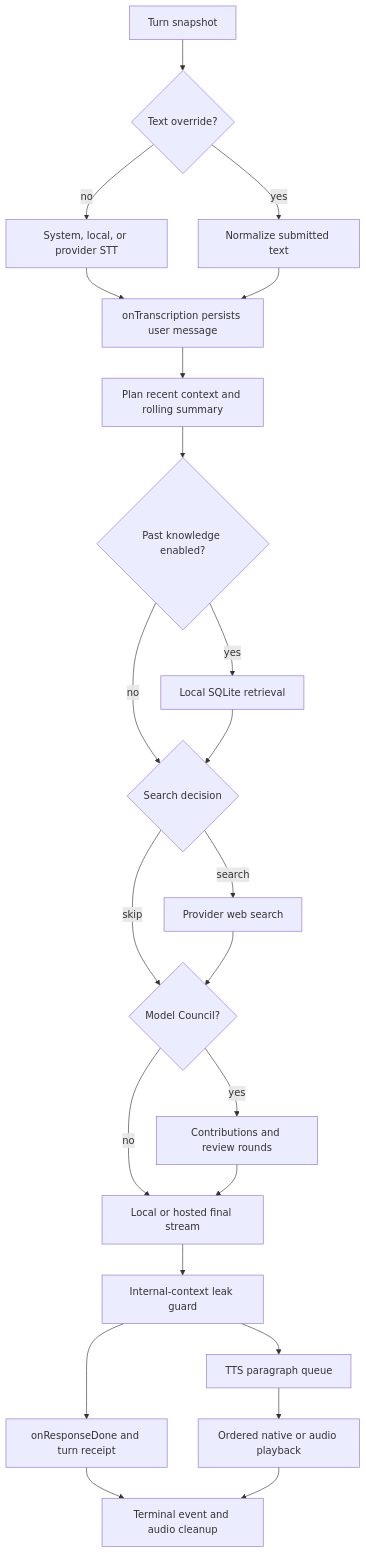
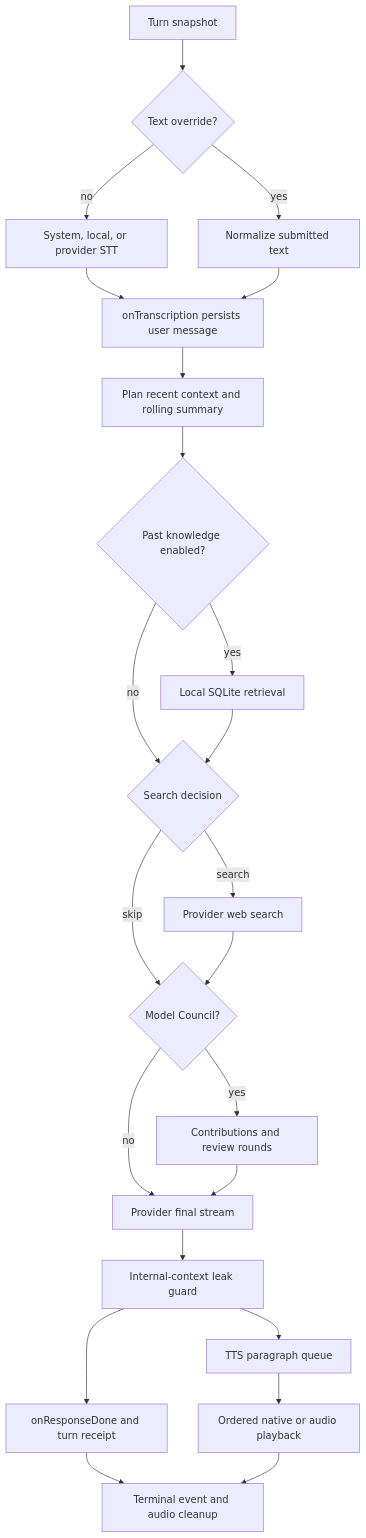
One commit to hurrtz/mrbroccoli changed the first of 3 diagrams in src/services/voicePipeline/DESIGN.md. Above: the diagram before and after it, drawn with Mermaid. The commit also changed other lines of this file and 325 other files, not shown here.

````diff
--- a/src/services/voicePipeline/DESIGN.md
+++ b/src/services/voicePipeline/DESIGN.md
@@ -24,25 +24,25 @@
 ```mermaid
 flowchart TD
     Start[Turn snapshot] --> Input{Text override?}
     Input -->|yes| Normalize[Normalize submitted text]
     Input -->|no| STT[System, local, or provider STT]
     STT --> User[onTranscription persists user message]
     Normalize --> User
     User --> Context[Plan recent context and rolling summary]
     Context --> Knowledge{Past knowledge enabled?}
     Knowledge -->|yes| Retrieve[Local SQLite retrieval]
     Knowledge -->|no| Search
     Retrieve --> Search{Search decision}
     Search -->|search| SearchCall[Provider web search]
     Search -->|skip| Deliberation
     SearchCall --> Deliberation{Model Council?}
     Deliberation -->|yes| Uber[Contributions and review rounds]
     Deliberation -->|no| Response
-    Uber --> Response[Local or hosted final stream]
+    Uber --> Response[Provider final stream]
     Response --> Guard[Internal-context leak guard]
     Guard --> Persist[onResponseDone and turn receipt]
     Guard --> Queue[TTS paragraph queue]
     Queue --> Playback[Ordered native or audio playback]
     Persist --> Cleanup[Terminal event and audio cleanup]
     Playback --> Cleanup
 ```
````
